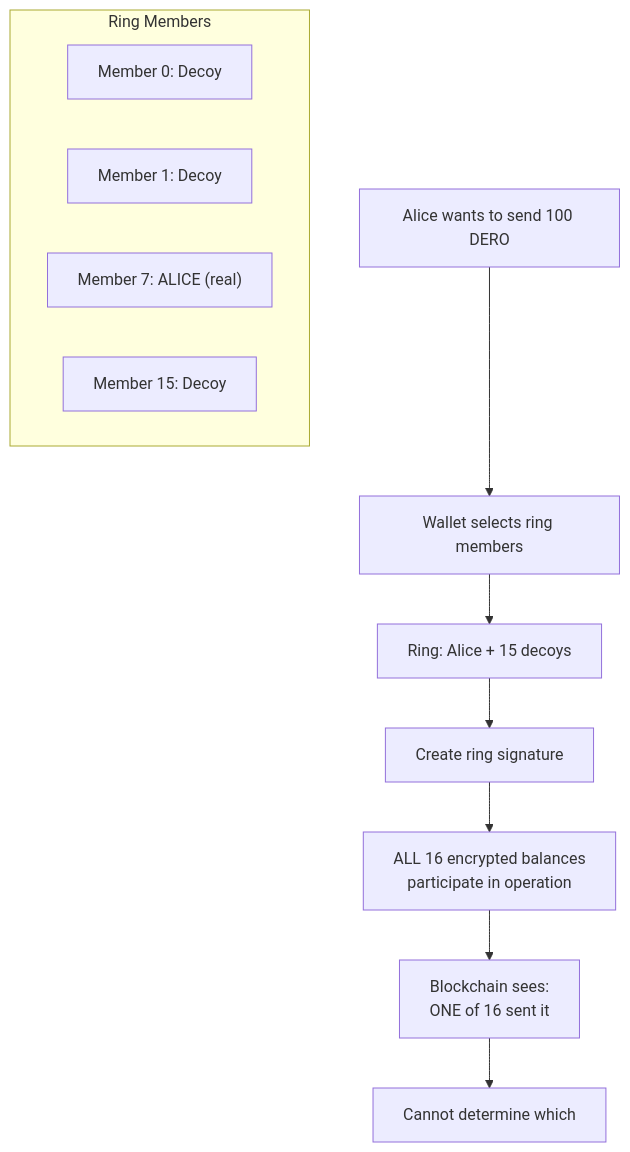
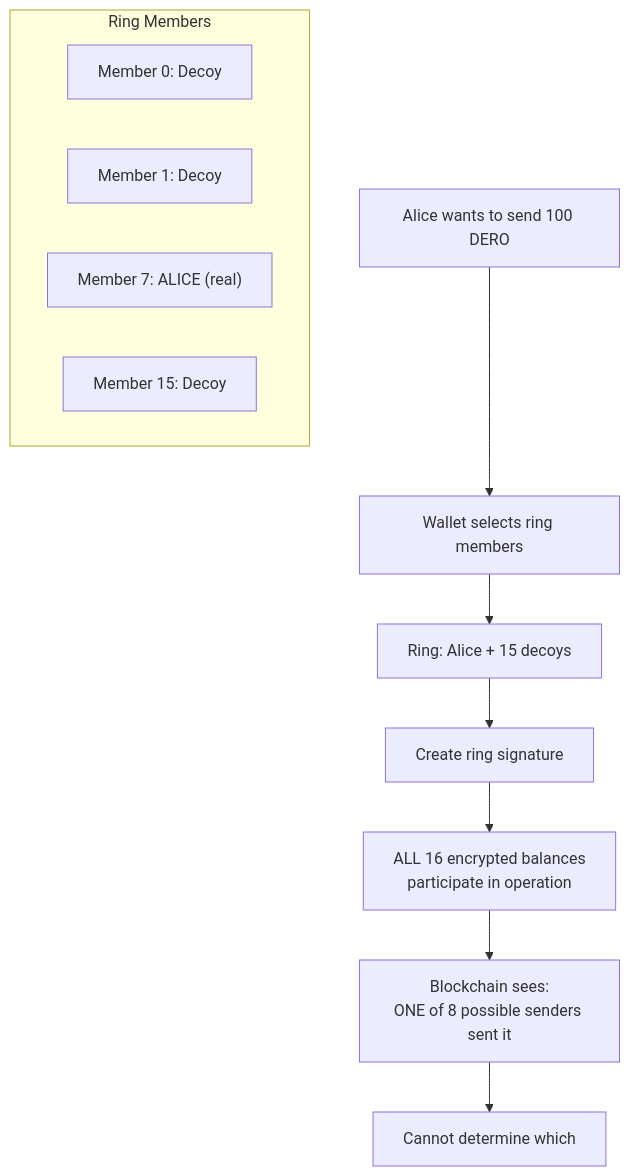
One commit to DHEBP/dero-docs changed the first of 2 diagrams in derod-main/pages/integrity/ring-member-behavior.mdx. Above: the diagram before and after it, drawn with Mermaid. The commit also changed other lines of this file and 8 other files, not shown here.

````diff
--- a/derod-main/pages/integrity/ring-member-behavior.mdx
+++ b/derod-main/pages/integrity/ring-member-behavior.mdx
@@ -28,18 +28,18 @@
 ```mermaid
 flowchart TD
     A["Alice wants to send 100 DERO"] --> B["Wallet selects ring members"]
     B --> C["Ring: Alice + 15 decoys"]
     
     subgraph "Ring Members"
         M1["Member 0: Decoy"]
         M2["Member 1: Decoy"]
         M7["Member 7: ALICE (real)"]
         M15["Member 15: Decoy"]
     end
     
     C --> D["Create ring signature"]
     D --> E["ALL 16 encrypted balances<br/>participate in operation"]
     
-    E --> F["Blockchain sees:<br/>ONE of 16 sent it"]
+    E --> F["Blockchain sees:<br/>ONE of 8 possible senders sent it"]
     F --> G["Cannot determine which"]
 ```
````
